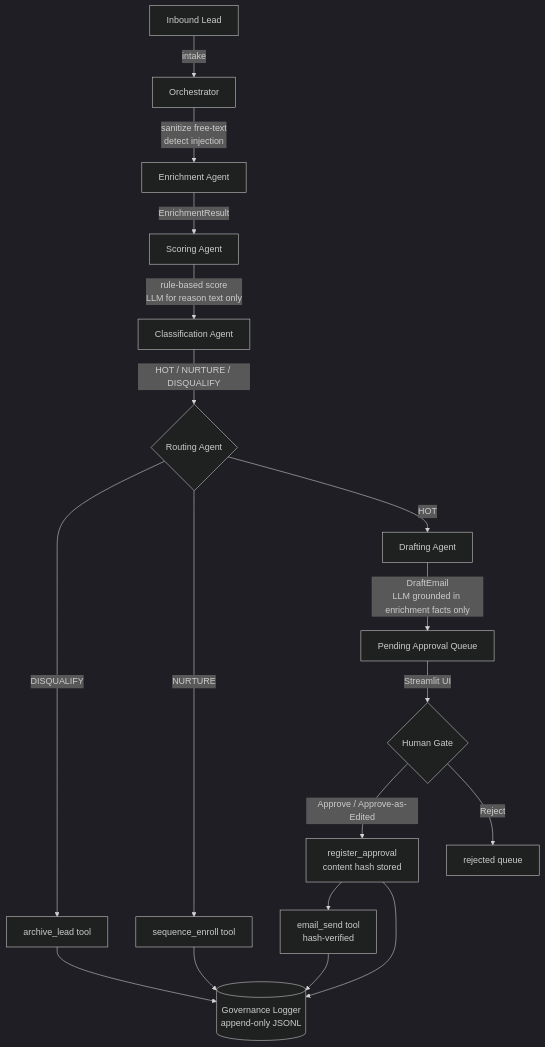
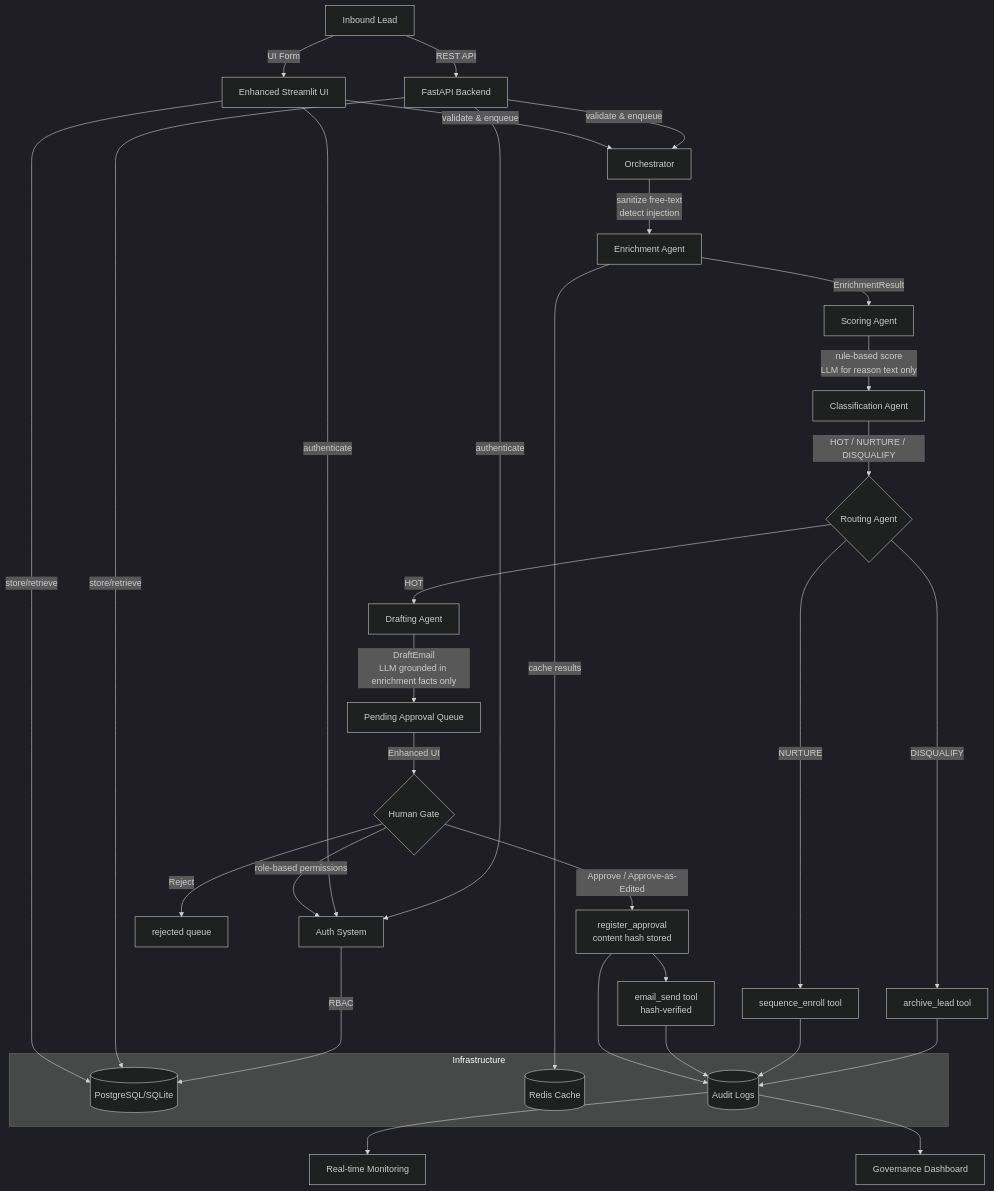
One commit to MaddiSoumya27/Lead_Qualification-Outreach_Agent changed the diagram in README.md. Above: the diagram before and after it, drawn with Mermaid (dark theme). The commit also changed other lines of this file, not shown here.

````diff
--- a/README.md
+++ b/README.md
@@ -9,20 +9,38 @@
 ```mermaid
 flowchart TD
-    A[Inbound Lead] -->|intake| B[Orchestrator]
-    B -->|sanitize free-text\ndetect injection| C[Enrichment Agent]
-    C -->|EnrichmentResult| D[Scoring Agent]
-    D -->|rule-based score\nLLM for reason text only| E[Classification Agent]
-    E -->|HOT / NURTURE / DISQUALIFY| F{Routing Agent}
-    F -->|DISQUALIFY| G[archive_lead tool]
-    F -->|NURTURE| H[sequence_enroll tool]
-    F -->|HOT| I[Drafting Agent]
-    I -->|DraftEmail\nLLM grounded in enrichment facts only| J[Pending Approval Queue]
-    J -->|Streamlit UI| K{Human Gate}
-    K -->|Approve / Approve-as-Edited| L[register_approval\ncontent hash stored]
-    L --> M[email_send tool\nhash-verified]
-    K -->|Reject| N[rejected queue]
-    G --> O[(Governance Logger\nappend-only JSONL)]
-    H --> O
-    M --> O
-    L --> O
+    A[Inbound Lead] -->|REST API| B[FastAPI Backend]
+    A -->|UI Form| C[Enhanced Streamlit UI]
+    B -->|authenticate| D[Auth System]
+    C -->|authenticate| D
+    D -->|RBAC| E[Database Layer]
+    B -->|store/retrieve| E
+    C -->|store/retrieve| E
+    B -->|validate & enqueue| F[Orchestrator]
+    C -->|validate & enqueue| F
+    F -->|sanitize free-text\ndetect injection| G[Enrichment Agent]
+    G -->|cache results| H[Redis Cache]
+    G -->|EnrichmentResult| I[Scoring Agent]
+    I -->|rule-based score\nLLM for reason text only| J[Classification Agent]
+    J -->|HOT / NURTURE / DISQUALIFY| K{Routing Agent}
+    K -->|DISQUALIFY| L[archive_lead tool]
+    K -->|NURTURE| M[sequence_enroll tool]
+    K -->|HOT| N[Drafting Agent]
+    N -->|DraftEmail\nLLM grounded in enrichment facts only| O[Pending Approval Queue]
+    O -->|Enhanced UI| P{Human Gate}
+    P -->|role-based permissions| D
+    P -->|Approve / Approve-as-Edited| Q[register_approval\ncontent hash stored]
+    Q --> R[email_send tool\nhash-verified]
+    P -->|Reject| S[rejected queue]
+    L --> T[(Audit System\nStructured Logging)]
+    M --> T
+    R --> T
+    Q --> T
+    T --> U[Real-time Monitoring]
+    T --> V[Governance Dashboard]
+    
+    subgraph "Infrastructure"
+        E[(PostgreSQL/SQLite)]
+        H[(Redis Cache)]
+        T[(Audit Logs)]
+    end
 ```
````
